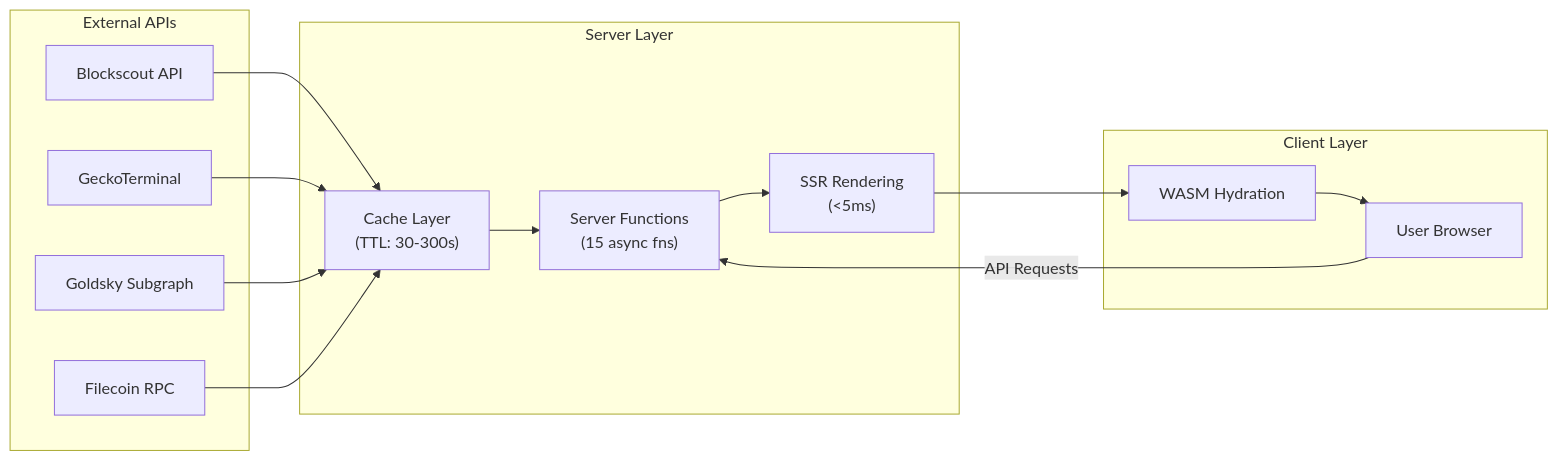
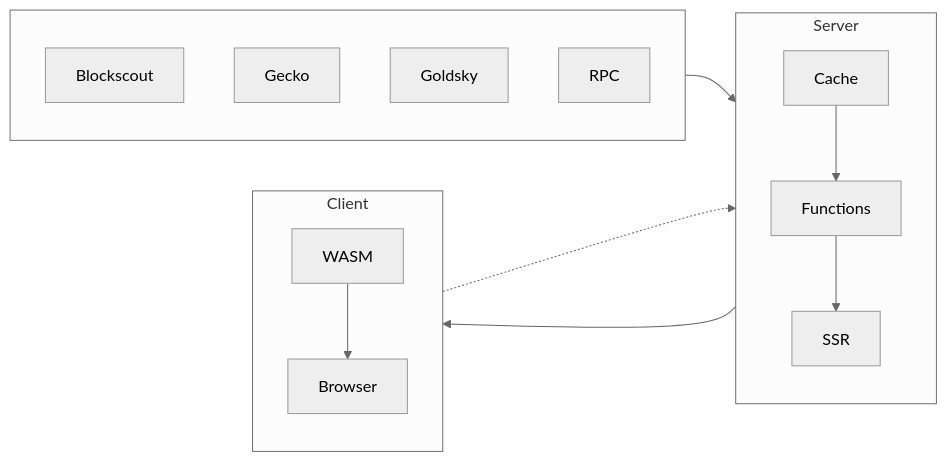
Before and after one commit to symulacr/usdfc-terminal: the second of 3 diagrams in README.md, drawn with Mermaid. The commit also changed other lines of this file, not shown here.

Commit message:
reorganize diagrams with cleaner positioning

````diff
--- a/README.md
+++ b/README.md
@@ -75,32 +77,29 @@
 ```mermaid
+%%{init: {'theme': 'neutral'}}%%
 flowchart LR
-    subgraph External["External APIs"]
-        Blockscout["Blockscout API"]
-        Gecko["GeckoTerminal"]
-        Goldsky["Goldsky Subgraph"]
-        RPC["Filecoin RPC"]
+    subgraph src[" "]
+        direction TB
+        s1[Blockscout]
+        s2[Gecko]
+        s3[Goldsky]
+        s4[RPC]
     end
 
-    subgraph Server["Server Layer"]
-        Cache["Cache Layer<br/>(TTL: 30-300s)"]
-        ServerFn["Server Functions<br/>(15 async fns)"]
-        SSR["SSR Rendering<br/>(<5ms)"]
+    subgraph srv["Server"]
+        direction TB
+        c[Cache]
+        f[Functions]
+        r[SSR]
     end
 
-    subgraph Client["Client Layer"]
-        WASM["WASM Hydration"]
-        Browser["User Browser"]
+    subgraph cli["Client"]
+        direction TB
+        w[WASM]
+        b[Browser]
     end
 
-    Blockscout --> Cache
-    Gecko --> Cache
-    Goldsky --> Cache
-    RPC --> Cache
-
-    Cache --> ServerFn
-    ServerFn --> SSR
-    SSR --> WASM
-    WASM --> Browser
-
-    Browser -->|"API Requests"| ServerFn
+    src --> c
+    c --> f --> r
+    r --> w --> b
+    b -.-> f
 ```
````
